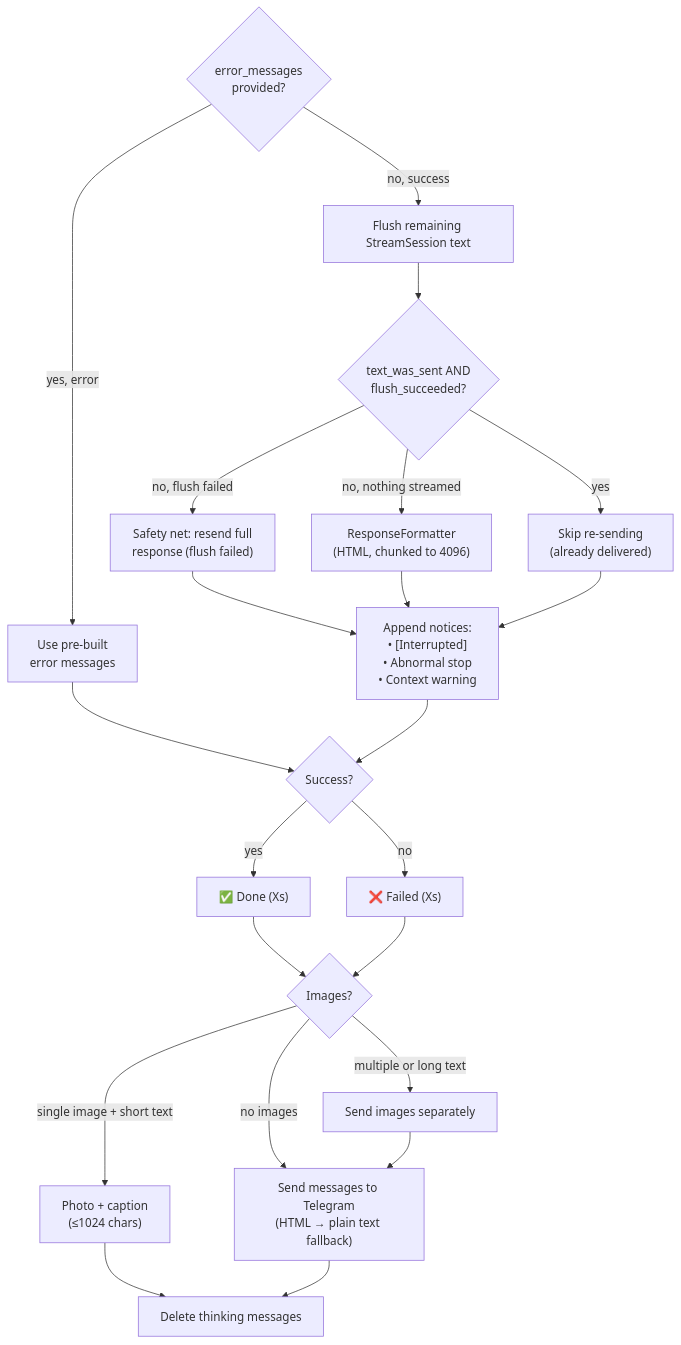
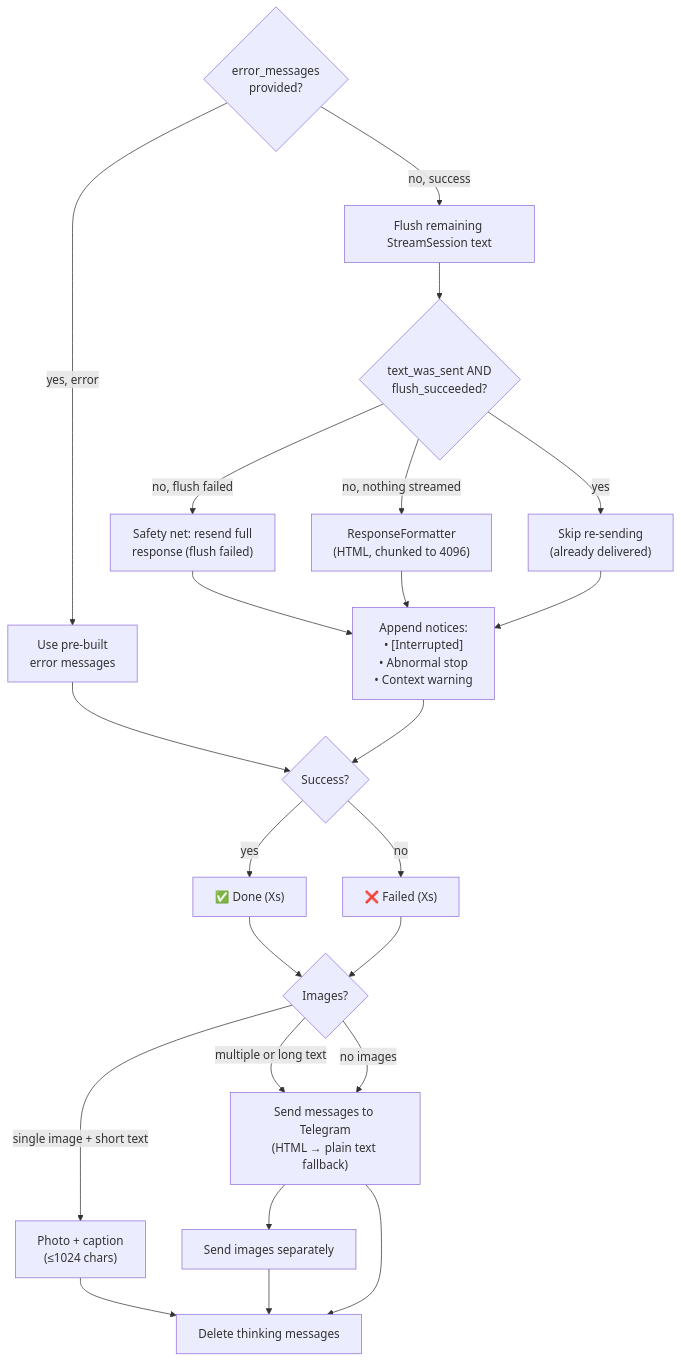
The fourth of 4 diagrams in docs/architecture.md (Captain-Bacon/claude-code-telegram), drawn with Mermaid before and after one commit. The commit also changed other lines of this file and 1 other file, not shown here.

First line of the commit message:
Architecture docs: loops 4-5 precision refinements

````diff
--- a/docs/architecture.md
+++ b/docs/architecture.md
@@ -173,47 +175,45 @@
 ```mermaid
 flowchart TD
     ENTRY{"error_messages\nprovided?"}
     ERRS["Use pre-built\nerror messages"]
 
     FLUSH["Flush remaining StreamSession text"]
     CHECK{"text_was_sent AND\nflush_succeeded?"}
     SKIP["Skip re-sending\n(already delivered)"]
     FORMAT["ResponseFormatter\n(HTML, chunked to 4096)"]
     SAFETY["Safety net: resend full\nresponse (flush failed)"]
 
     NOTICES["Append notices:\n• [Interrupted]\n• Abnormal stop\n• Context warning"]
 
     PROG{"Success?"}
     DONE["✅ Done (Xs)"]
     FAIL["❌ Failed (Xs)"]
 
     IMAGES{"Images?"}
     CAPTION["Photo + caption\n(≤1024 chars)"]
     SEPARATE["Send images separately"]
 
     SEND["Send messages to Telegram\n(HTML → plain text fallback)"]
     CLEAN["Delete thinking messages"]
 
     ENTRY -->|yes, error| ERRS --> PROG
     ENTRY -->|no, success| FLUSH
 
     FLUSH --> CHECK
     CHECK -->|yes| SKIP
     CHECK -->|no, flush failed| SAFETY
     CHECK -->|no, nothing streamed| FORMAT
     SAFETY --> NOTICES
     FORMAT --> NOTICES
     SKIP --> NOTICES
 
     NOTICES --> PROG
     PROG -->|yes| DONE
     PROG -->|no| FAIL
 
     DONE --> IMAGES
     FAIL --> IMAGES
-    IMAGES -->|single image + short text| CAPTION
-    IMAGES -->|multiple or long text| SEPARATE
-    IMAGES -->|no images| SEND
-    CAPTION --> CLEAN
-    SEPARATE --> SEND --> CLEAN
+    IMAGES -->|single image + short text| CAPTION --> CLEAN
+    IMAGES -->|multiple or long text| SEND --> SEPARATE --> CLEAN
+    IMAGES -->|no images| SEND --> CLEAN
 ```
````
